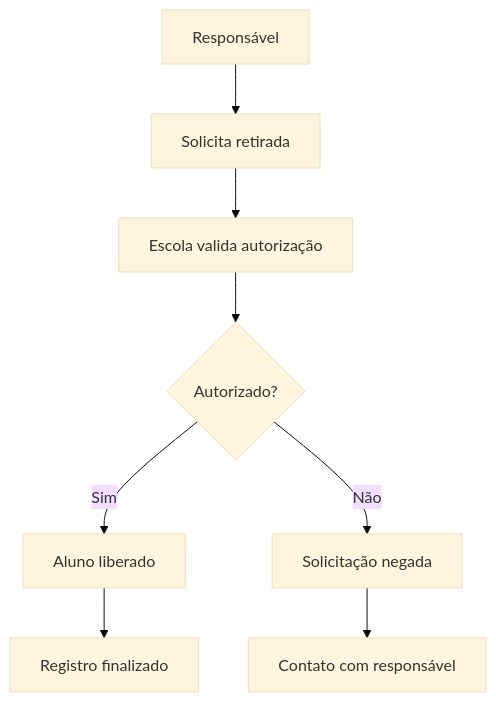
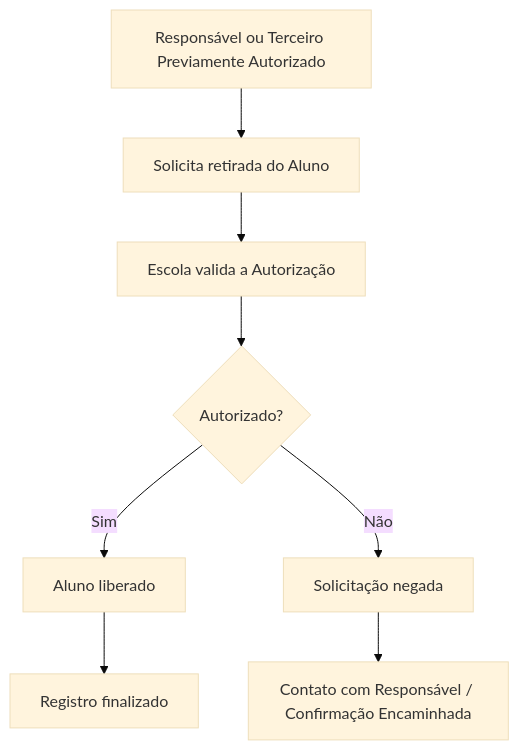
One commit to beatrp/Projeto-Retirada-Escolar changed the diagram in README.md. Above: the diagram before and after it, drawn with Mermaid (base theme).

Commit message:
Update flowchart for authorization process

````diff
--- a/README.md
+++ b/README.md
@@ -19,10 +19,10 @@
 ```mermaid
 flowchart TD
-    A[Responsável] --> B[Solicita retirada]
-    B --> C[Escola valida autorização]
+    A[Responsável ou Terceiro Previamente Autorizado] --> B[Solicita retirada do Aluno]
+    B --> C[Escola valida a Autorização]
     C --> D{Autorizado?}
     D -- Sim --> E[Aluno liberado]
     D -- Não --> F[Solicitação negada]
     E --> G[Registro finalizado]
-    F --> H[Contato com responsável]
+    F --> H[Contato com Responsável / Confirmação Encaminhada]
 ```
````
